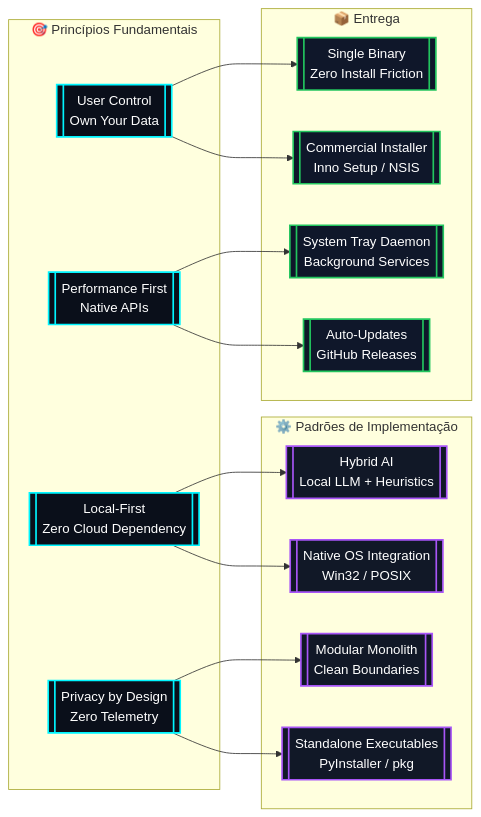
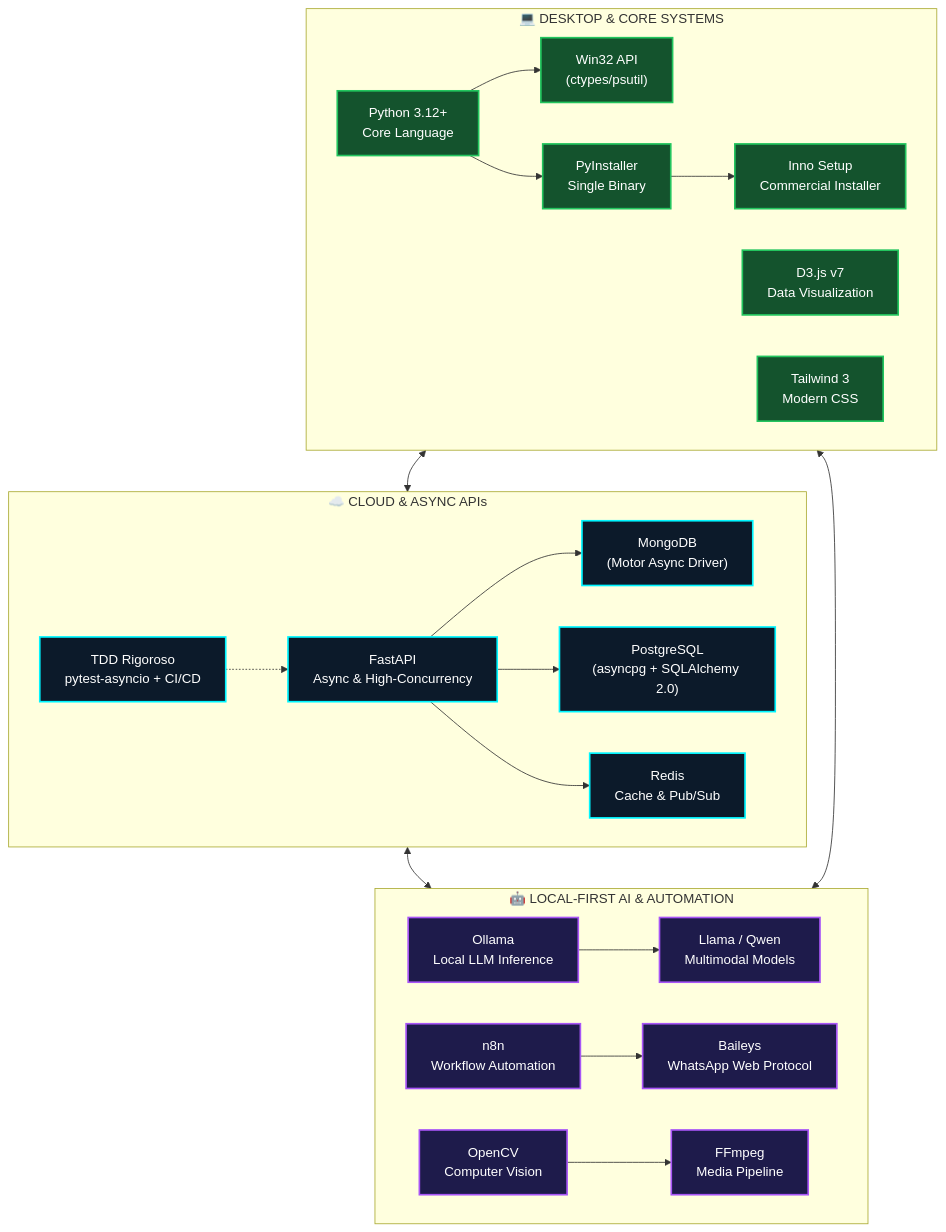
Before and after one commit to lcszero44-cell/lcszero44-cell: the diagram in README.md, drawn with Mermaid. The commit also changed other lines of this file and 1 other file, not shown here.

````diff
--- a/README.md
+++ b/README.md
@@ -137,36 +155,53 @@
 ```mermaid
-flowchart LR
-    subgraph PRINCIPLES["🎯 Princípios Fundamentais"]
-        LOCAL[["Local-First<br/>Zero Cloud Dependency"]]
-        PRIVACY[["Privacy by Design<br/>Zero Telemetry"]]
-        CONTROL[["User Control<br/>Own Your Data"]]
-        PERF[["Performance First<br/>Native APIs"]]
+flowchart TB
+    subgraph CLOUD["☁️ CLOUD & ASYNC APIs"]
+        FASTAPI["FastAPI<br/>Async & High-Concurrency"]
+        MONGO["MongoDB<br/>(Motor Async Driver)"]
+        POSTGRES["PostgreSQL<br/>(asyncpg + SQLAlchemy 2.0)"]
+        TDD["TDD Rigoroso<br/>pytest-asyncio + CI/CD"]
+        REDIS["Redis<br/>Cache & Pub/Sub"]
+        
+        FASTAPI --> MONGO
+        FASTAPI --> POSTGRES
+        FASTAPI --> REDIS
+        TDD -.-> FASTAPI
     end
     
-    subgraph PATTERNS["⚙️ Padrões de Implementação"]
-        HYBRID[["Hybrid AI<br/>Local LLM + Heuristics"]]
-        NATIVE[["Native OS Integration<br/>Win32 / POSIX"]]
-        MODULAR[["Modular Monolith<br/>Clean Boundaries"]]
-        STANDALONE[["Standalone Executables<br/>PyInstaller / pkg"]]
+    subgraph LOCALAI["🤖 LOCAL-FIRST AI & AUTOMATION"]
+        OLLAMA["Ollama<br/>Local LLM Inference"]
+        LLAMA["Llama / Qwen<br/>Multimodal Models"]
+        N8N["n8n<br/>Workflow Automation"]
+        BAILEYS["Baileys<br/>WhatsApp Web Protocol"]
+        OPENCV["OpenCV<br/>Computer Vision"]
+        FFMPEG["FFmpeg<br/>Media Pipeline"]
+        
+        OLLAMA --> LLAMA
+        N8N --> BAILEYS
+        OPENCV --> FFMPEG
     end
     
-    subgraph DELIVERY["📦 Entrega"]
-        ONEPKG[["Single Binary<br/>Zero Install Friction"]]
-        INSTALLER[["Commercial Installer<br/>Inno Setup / NSIS"]]
-        TRAY[["System Tray Daemon<br/>Background Services"]]
-        AUTO[["Auto-Updates<br/>GitHub Releases"]]
+    subgraph DESKTOP["💻 DESKTOP & CORE SYSTEMS"]
+        PYTHON["Python 3.12+<br/>Core Language"]
+        WIN32["Win32 API<br/>(ctypes/psutil)"]
+        PYINSTALLER["PyInstaller<br/>Single Binary"]
+        INNO["Inno Setup<br/>Commercial Installer"]
+        D3["D3.js v7<br/>Data Visualization"]
+        TAILWIND["Tailwind 3<br/>Modern CSS"]
+        
+        PYTHON --> WIN32
+        PYTHON --> PYINSTALLER
+        PYINSTALLER --> INNO
     end
     
-    LOCAL --> HYBRID & NATIVE
-    PRIVACY --> MODULAR & STANDALONE
-    CONTROL --> ONEPKG & INSTALLER
-    PERF --> TRAY & AUTO
+    CLOUD <--> LOCALAI
+    LOCALAI <--> DESKTOP
+    DESKTOP <--> CLOUD
     
-    classDef principle fill:#0a0f1a,stroke:#00f5ff,stroke-width:2px,color:#fff
-    classDef pattern fill:#111827,stroke:#a855f7,stroke-width:2px,color:#fff
-    classDef delivery fill:#0f172a,stroke:#22c55e,stroke-width:2px,color:#fff
+    classDef cloud fill:#0c1a2a,stroke:#00f5ff,stroke-width:2px,color:#fff
+    classDef local fill:#1e1b4b,stroke:#a855f7,stroke-width:2px,color:#fff
+    classDef desk fill:#14532d,stroke:#22c55e,stroke-width:2px,color:#fff
     
-    class LOCAL,PRIVACY,CONTROL,PERF principle
-    class HYBRID,NATIVE,MODULAR,STANDALONE pattern
-    class ONEPKG,INSTALLER,TRAY,AUTO delivery
+    class FASTAPI,MONGO,POSTGRES,TDD,REDIS cloud
+    class OLLAMA,LLAMA,N8N,BAILEYS,OPENCV,FFMPEG local
+    class PYTHON,WIN32,PYINSTALLER,INNO,D3,TAILWIND desk
 ```
````
